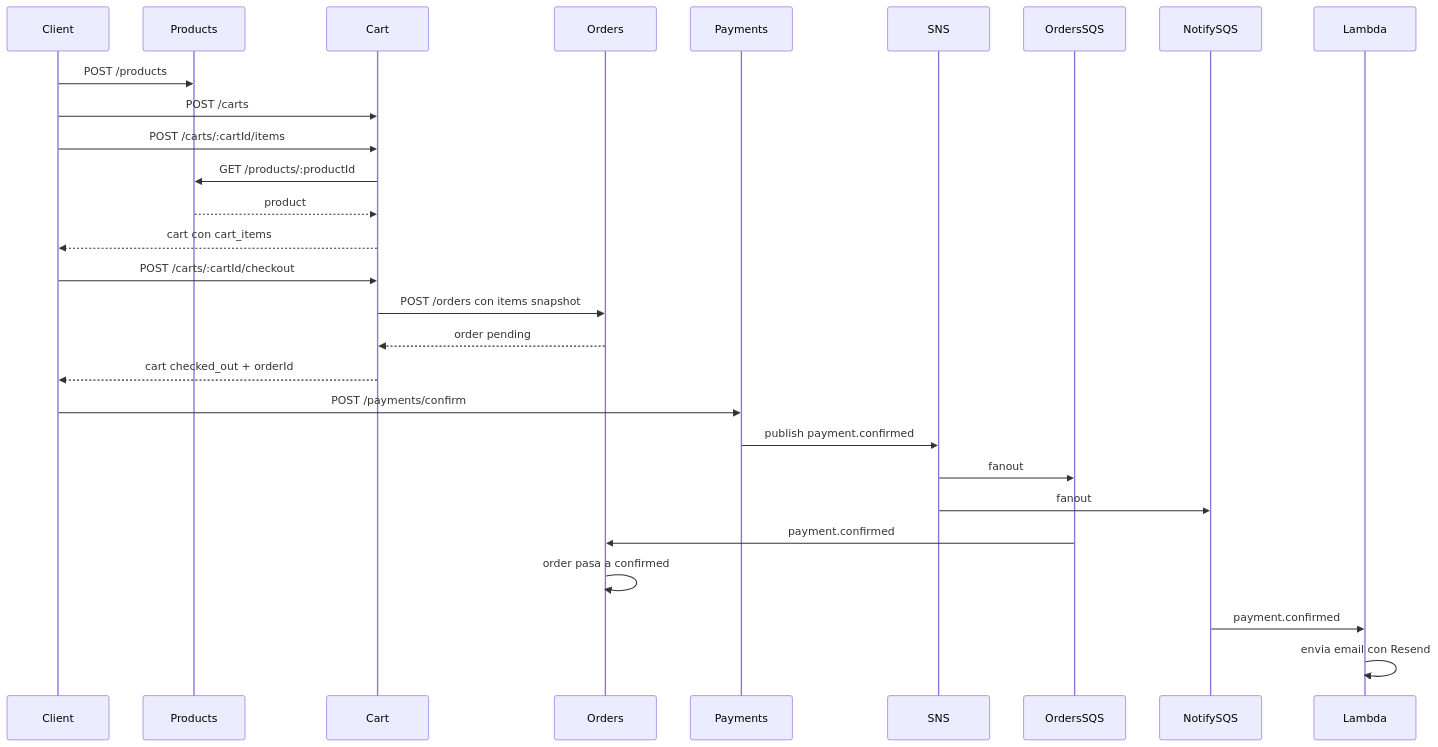
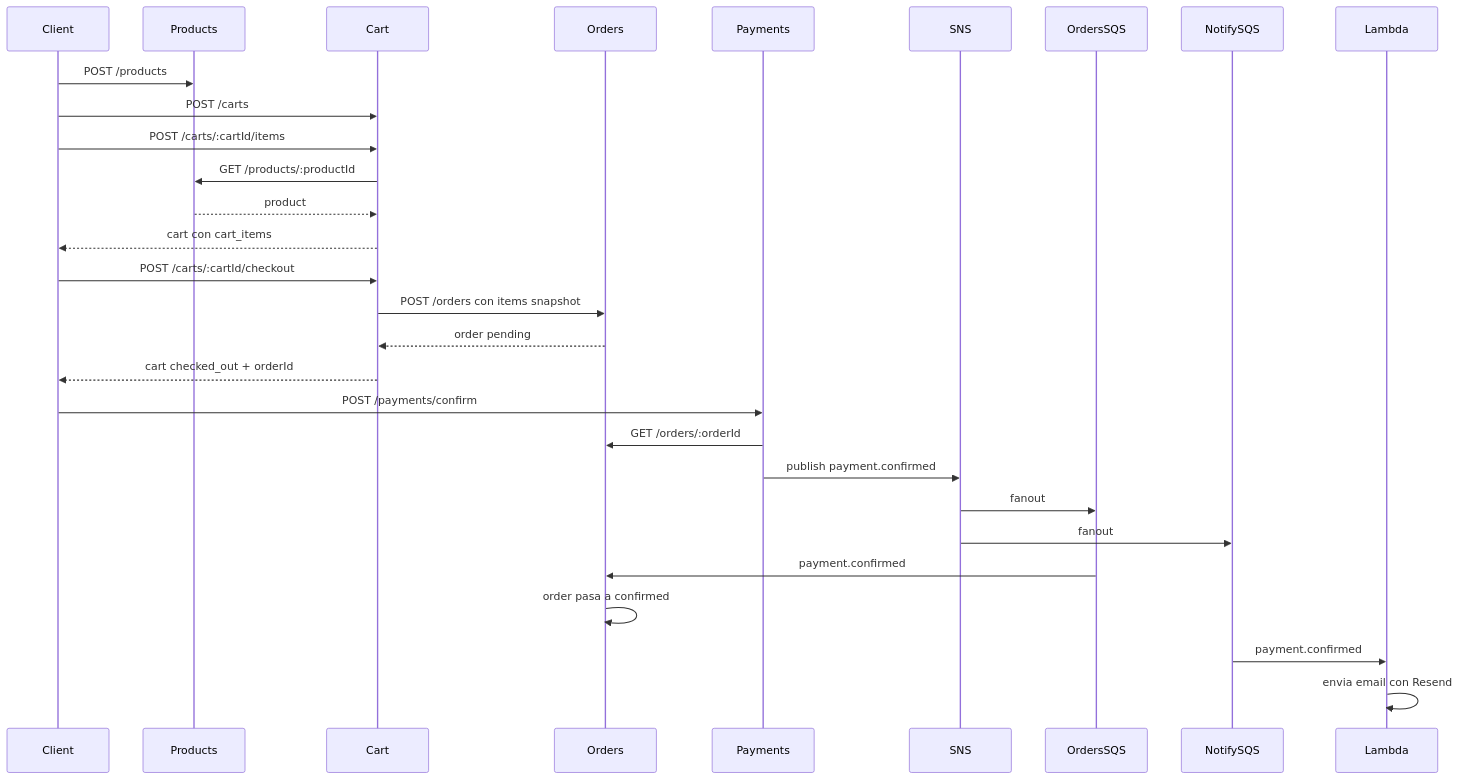
The third of 3 diagrams in docs/marketplace-simple-flow.md (dani-pereira-dev/microservice-sns-sqs), drawn with Mermaid before and after one commit. The commit also changed 6 other files, not shown here.

Commit message:
feat; add get order in payment ms

````diff
--- a/docs/marketplace-simple-flow.md
+++ b/docs/marketplace-simple-flow.md
@@ -132,33 +132,34 @@
 ```mermaid
 sequenceDiagram
   participant Client
   participant Products
   participant Cart
   participant Orders
   participant Payments
   participant SNS
   participant OrdersSQS
   participant NotifySQS
   participant Lambda
 
   Client->>Products: POST /products
   Client->>Cart: POST /carts
   Client->>Cart: POST /carts/:cartId/items
   Cart->>Products: GET /products/:productId
   Products-->>Cart: product
   Cart-->>Client: cart con cart_items
 
   Client->>Cart: POST /carts/:cartId/checkout
   Cart->>Orders: POST /orders con items snapshot
   Orders-->>Cart: order pending
   Cart-->>Client: cart checked_out + orderId
 
   Client->>Payments: POST /payments/confirm
+  Payments->>Orders: GET /orders/:orderId
   Payments->>SNS: publish payment.confirmed
   SNS->>OrdersSQS: fanout
   SNS->>NotifySQS: fanout
   OrdersSQS->>Orders: payment.confirmed
   Orders->>Orders: order pasa a confirmed
   NotifySQS->>Lambda: payment.confirmed
   Lambda->>Lambda: envia email con Resend
 ```
````
